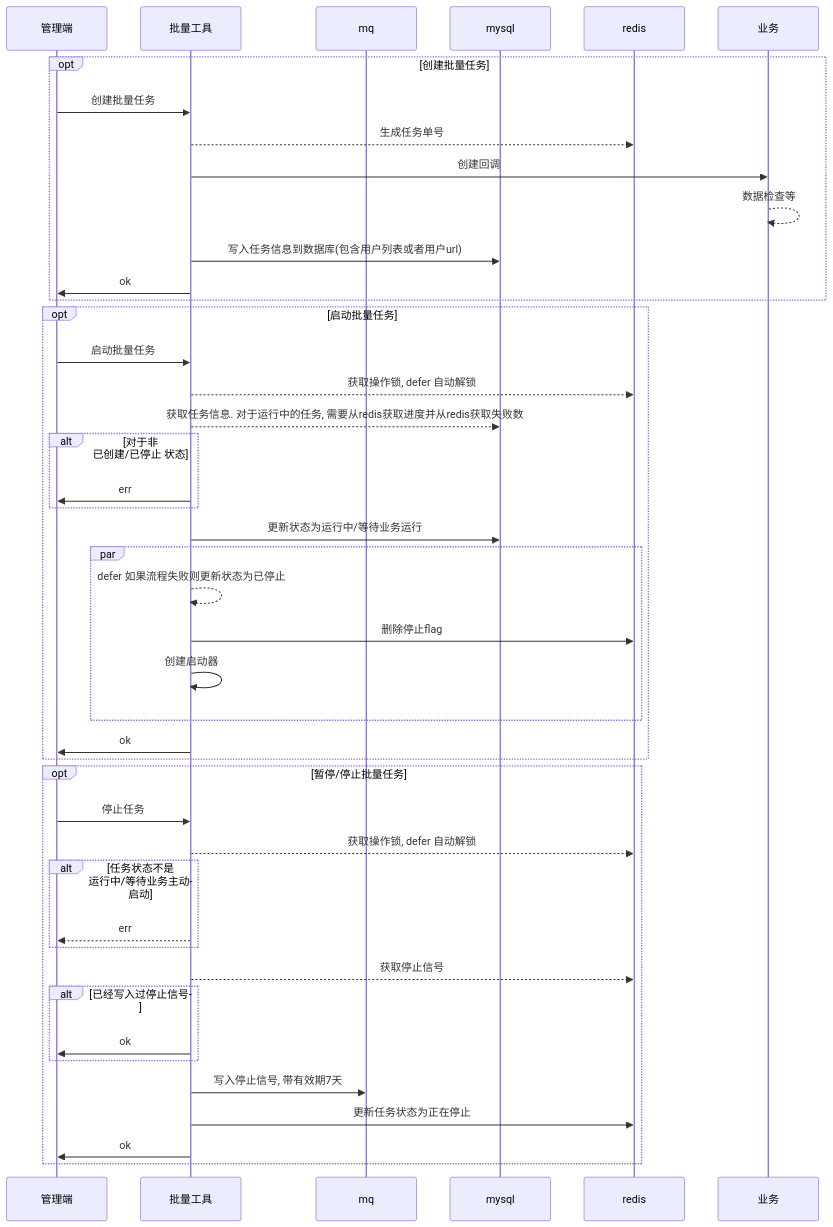
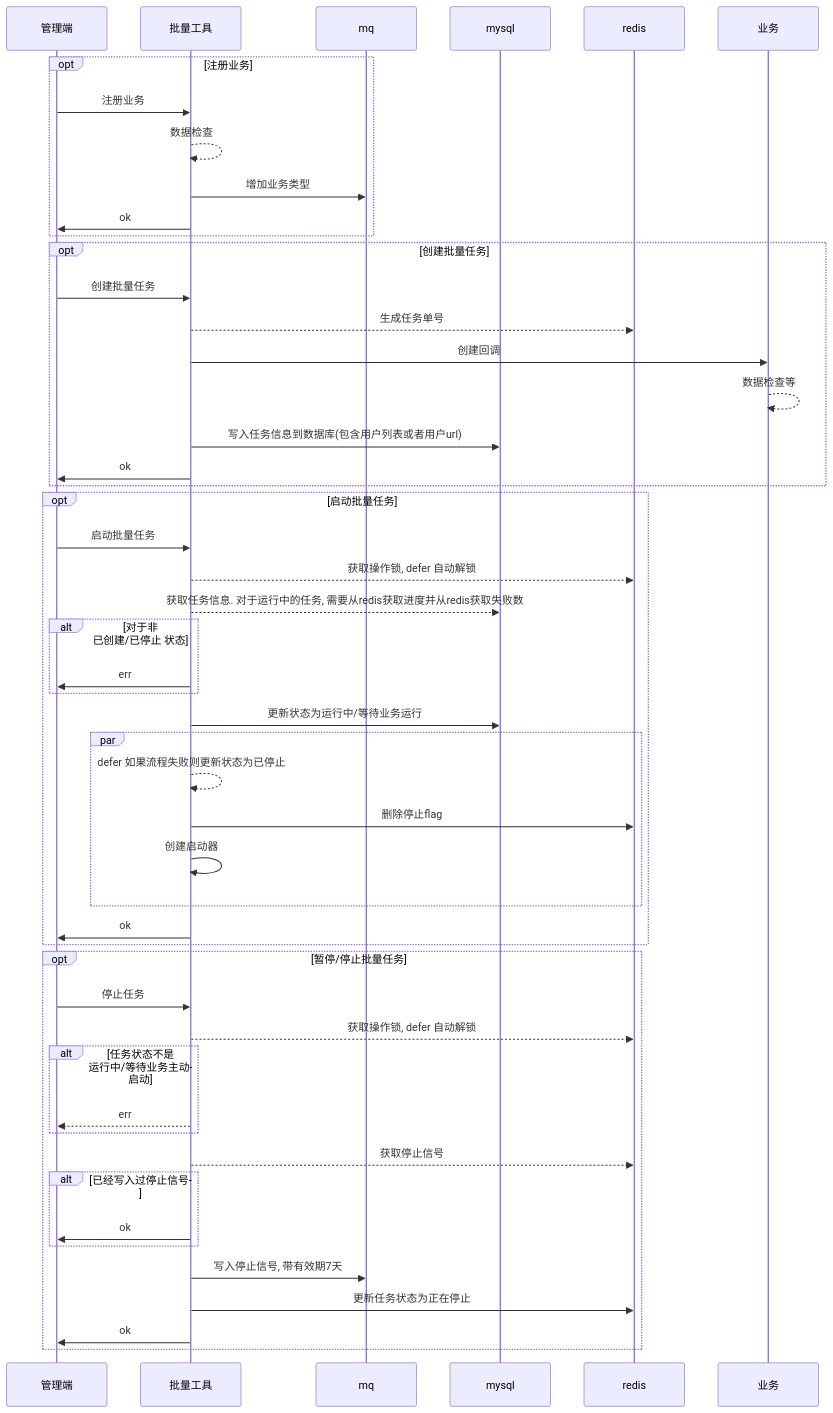
One commit to zlyuancn/batch_job changed the fourth of 5 diagrams in readme.md. Above: the diagram before and after it, drawn with Mermaid. The commit also changed other lines of this file, not shown here.

````diff
--- a/readme.md
+++ b/readme.md
@@ -125,49 +125,56 @@
 ```mermaid
 sequenceDiagram
 participant a as 管理端
 participant b as 批量工具
 participant c as mq
 participant d as mysql
 participant e as redis
 participant f as 业务
+
+opt 注册业务
+a ->> b: 注册业务
+b -->> b: 数据检查
+b ->> c: 增加业务类型
+b ->> a: ok
+end
 
 opt 创建批量任务
 a ->> b: 创建批量任务
 b -->> e: 生成任务单号
 b ->> f: 创建回调
 f -->> f: 数据检查等
 b ->> d: 写入任务信息到数据库(包含用户列表或者用户url)
 b ->> a: ok
 end
 
 opt 启动批量任务
 a ->> b: 启动批量任务
 b -->> e: 获取操作锁, defer 自动解锁
 b -->> d: 获取任务信息. 对于运行中的任务, 需要从redis获取进度并从redis获取失败数
 alt 对于非 已创建/已停止 状态
   b ->> a: err
 end
 b ->> d: 更新状态为运行中/等待业务运行
 par
   b -->> b: defer 如果流程失败则更新状态为已停止
   b ->> e: 删除停止flag
   b ->> b: 创建启动器
 end
 b ->> a: ok
 end
 
 opt 暂停/停止批量任务
   a->>b: 停止任务
   b -->> e: 获取操作锁, defer 自动解锁
   alt 任务状态不是 运行中/等待业务主动启动
      b -->> a: err
   end
   b -->> e: 获取停止信号
   alt 已经写入过停止信号
      b ->> a: ok
   end
   b->>c: 写入停止信号, 带有效期7天
   b->>e: 更新任务状态为正在停止
   b->>a: ok
 end
 ```
````
